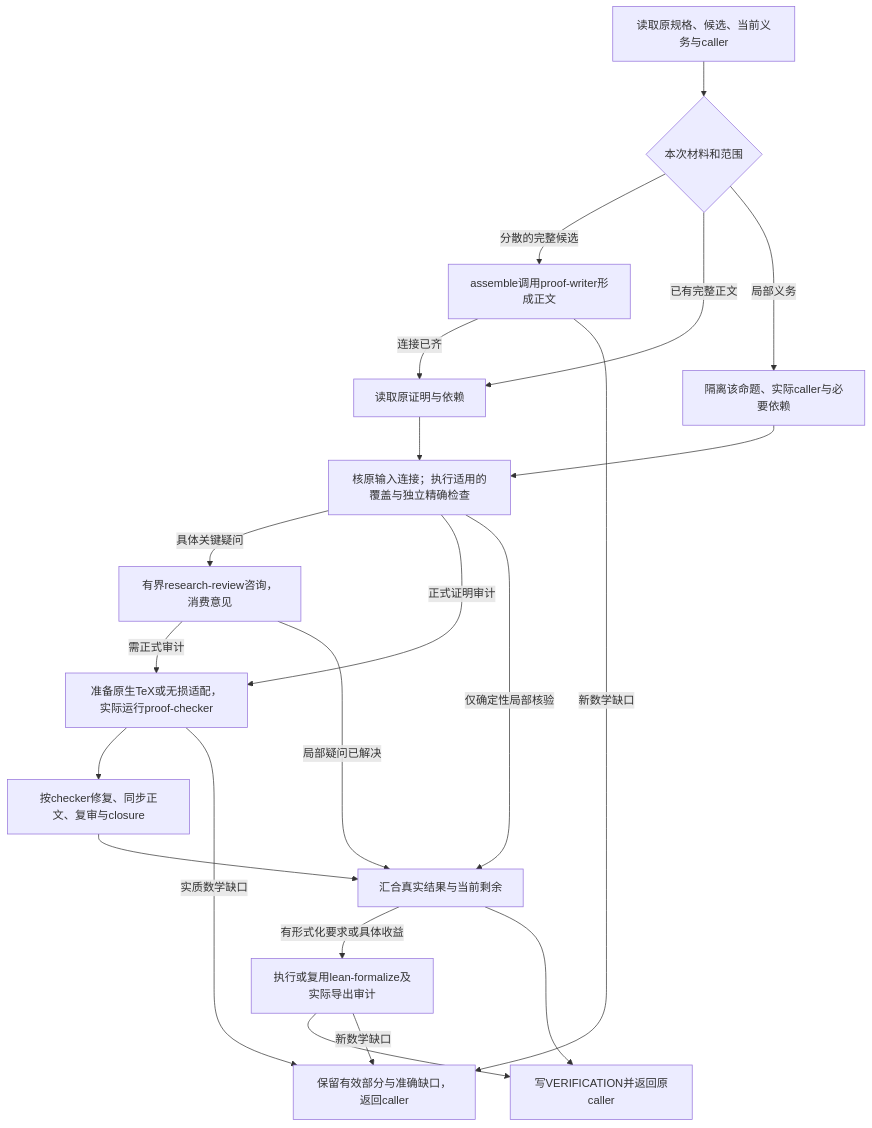
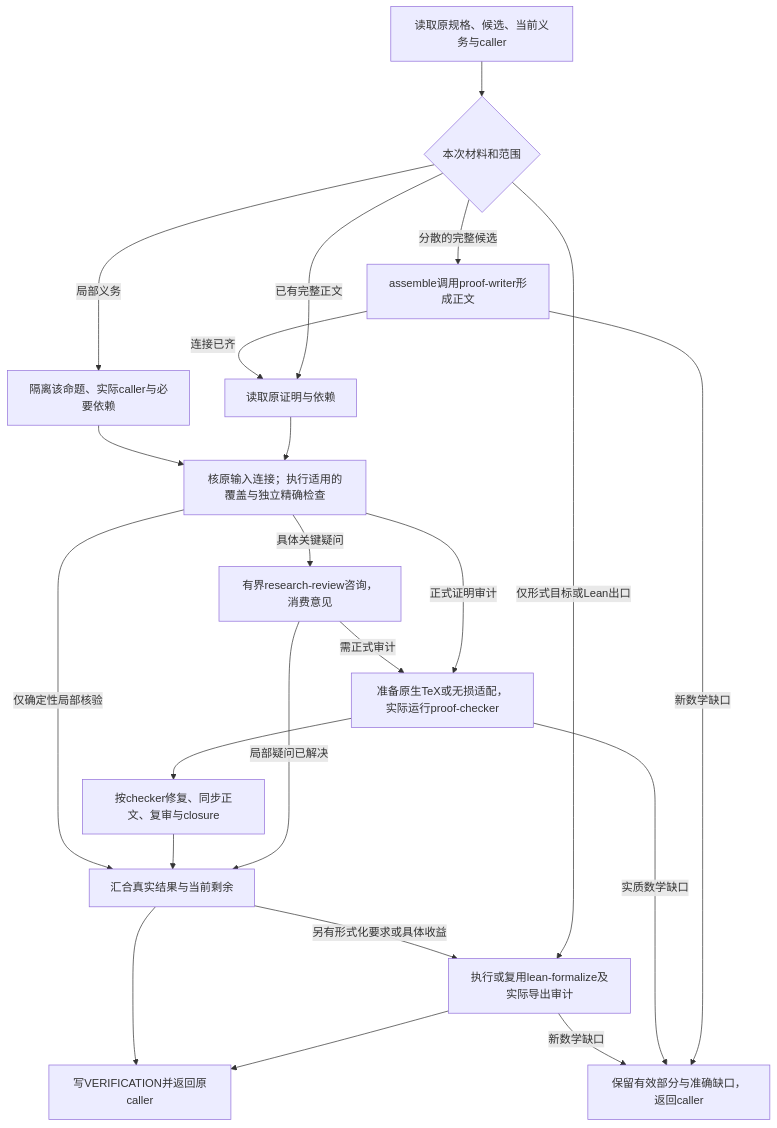
Before and after one commit to Howie-251/math-rsi: the diagram in base/skills/mathrsi-verify/SKILL.md, drawn with Mermaid. The commit also changed other lines of this file and 31272 other files, not shown here.

````diff
--- a/base/skills/mathrsi-verify/SKILL.md
+++ b/base/skills/mathrsi-verify/SKILL.md
@@ -18,23 +18,24 @@
 ```mermaid
 flowchart TD
     A[读取原规格、候选、当前义务与caller] --> B{本次材料和范围}
     B -->|分散的完整候选| C[assemble调用proof-writer形成正文]
     B -->|已有完整正文| D[读取原证明与依赖]
     B -->|局部义务| E[隔离该命题、实际caller与必要依赖]
+    B -->|仅形式目标或Lean出口| K[执行或复用lean-formalize及实际导出审计]
     C -->|连接已齐| D
     C -->|新数学缺口| R[保留有效部分与准确缺口，返回caller]
     D --> F[核原输入连接；执行适用的覆盖与独立精确检查]
     E --> F
     F -->|具体关键疑问| G[有界research-review咨询，消费意见]
     F -->|正式证明审计| H[准备原生TeX或无损适配，实际运行proof-checker]
     G -->|需正式审计| H
     G -->|局部疑问已解决| I[汇合真实结果与当前剩余]
     H --> J[按checker修复、同步正文、复审与closure]
     J --> I
     F -->|仅确定性局部核验| I
-    I -->|有形式化要求或具体收益| K[执行或复用lean-formalize及实际导出审计]
+    I -->|另有形式化要求或具体收益| K
     K --> L[写VERIFICATION并返回原caller]
     I --> L
     H -->|实质数学缺口| R
     K -->|新数学缺口| R
 ```
````
